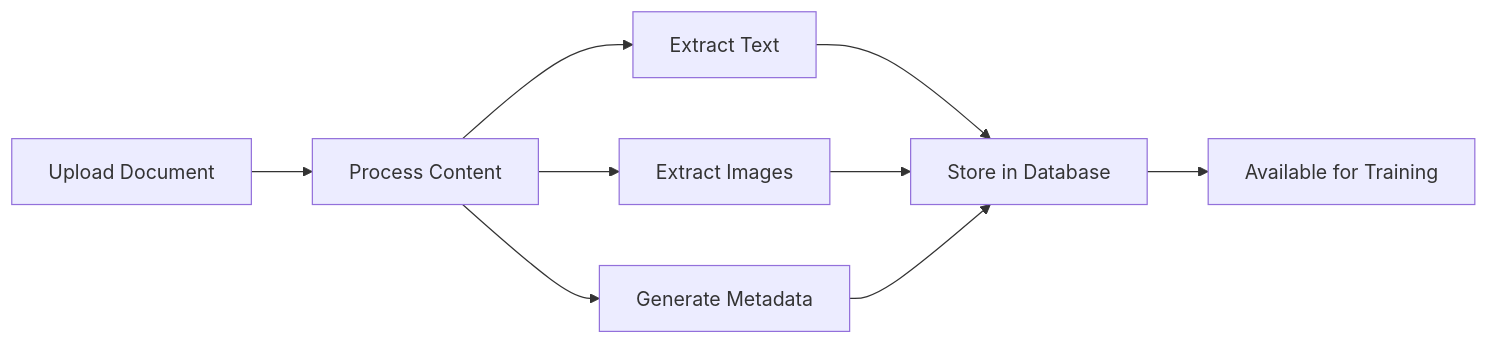
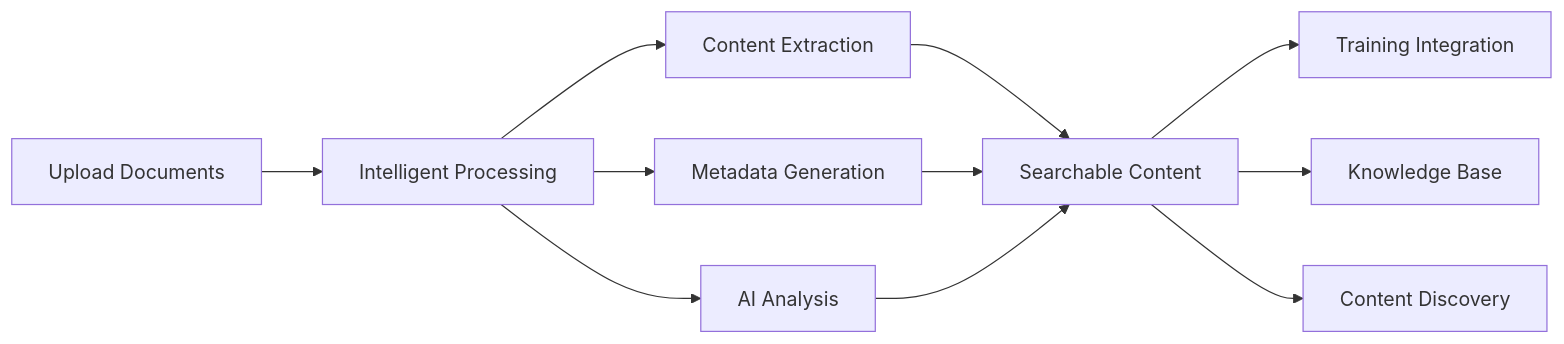
The fifth of 10 diagrams in TECHNICAL_DOCUMENTATION.md (opprfloris/oppr-training-nexus), drawn with Mermaid before and after one commit. The commit also changed other lines of this file, not shown here.

````diff
--- a/TECHNICAL_DOCUMENTATION.md
+++ b/TECHNICAL_DOCUMENTATION.md
@@ -217,11 +244,15 @@
 ```mermaid
 graph LR
-    A[Upload Document] --> B[Process Content]
-    B --> C[Extract Text]
-    B --> D[Extract Images]
-    B --> E[Generate Metadata]
-    C --> F[Store in Database]
+    A[Upload Documents] --> B[Intelligent Processing]
+    B --> C[Content Extraction]
+    B --> D[Metadata Generation]
+    B --> E[AI Analysis]
+    
+    C --> F[Searchable Content]
     D --> F
     E --> F
-    F --> G[Available for Training]
+    
+    F --> G[Training Integration]
+    F --> H[Knowledge Base]
+    F --> I[Content Discovery]
 ```
````
